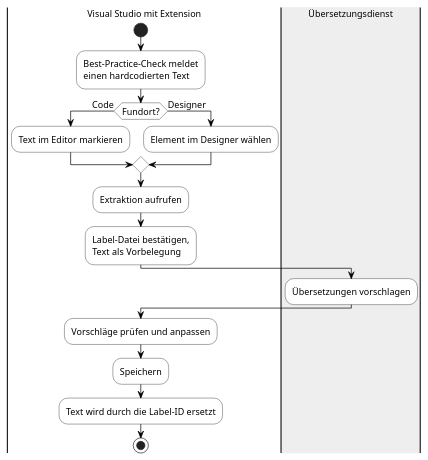
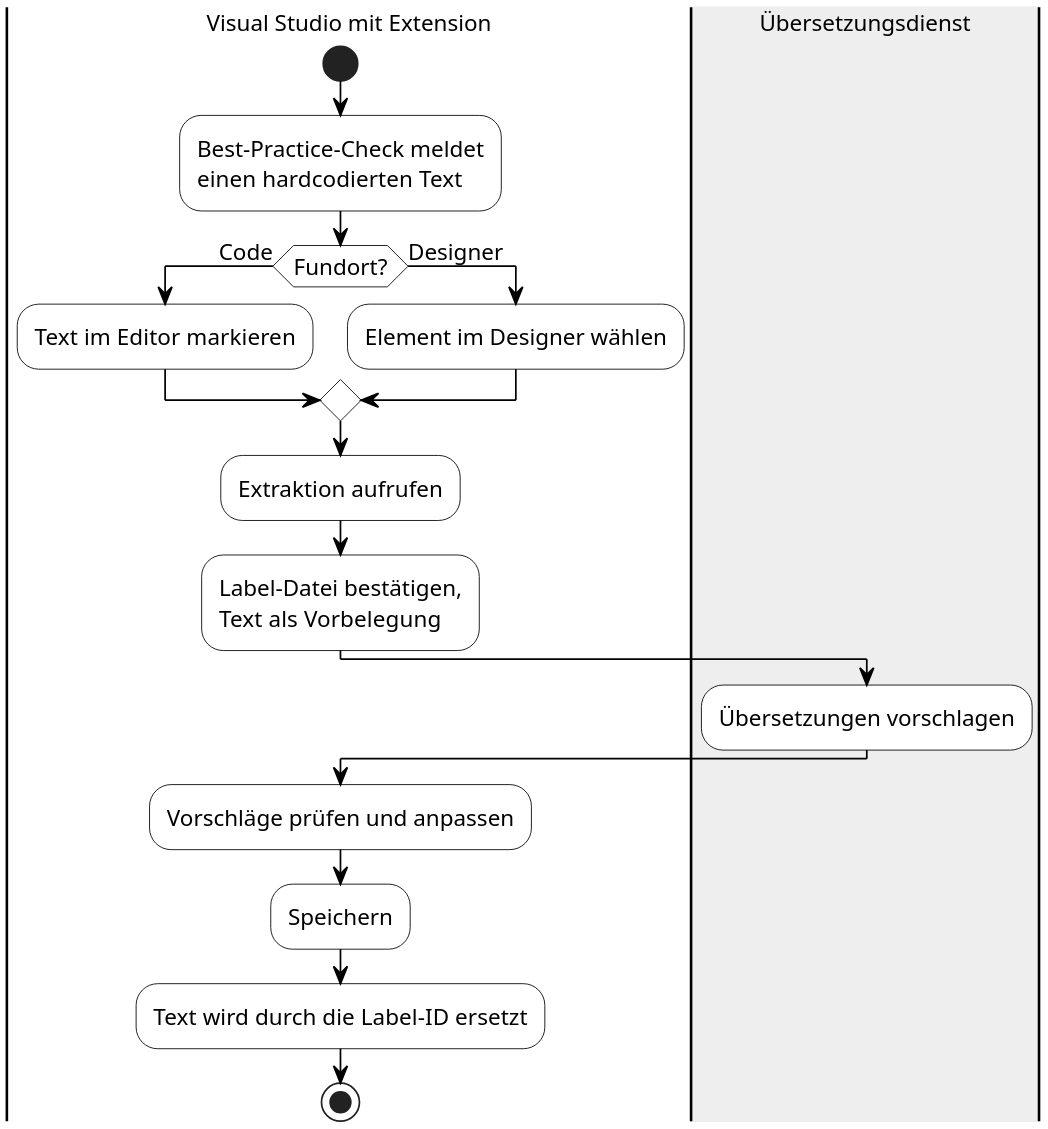
Before and after one commit to Adyrem/diploma-label-localization: the diagram in documentation/diagrams/Sollablauf_Extraktion.puml, drawn with PlantUML. The commit also changed 25 other files, not shown here.

```diff
--- a/documentation/diagrams/Sollablauf_Extraktion.puml
+++ b/documentation/diagrams/Sollablauf_Extraktion.puml
@@ -1,29 +1,31 @@
 @startuml
 ' Sollablauf beim Ersetzen eines hardcodierten Textes durch ein Label.
 ' Rendern: plantuml -tpng -charset UTF-8 Sollablauf_Extraktion.puml
+' Höhere Auflösung, damit das Bild im PDF scharf bleibt.
+skinparam dpi 240
 
 skinparam defaultFontSize 13
 skinparam ActivityBackgroundColor White
 skinparam ActivityBorderColor Black
 skinparam ArrowColor Black
 
 |Visual Studio mit Extension|
 start
 :Best-Practice-Check meldet
 einen hardcodierten Text;
 if (Fundort?) then (Code)
   :Text im Editor markieren;
 else (Designer)
   :Element im Designer wählen;
 endif
 :Extraktion aufrufen;
 :Label-Datei bestätigen,
 Text als Vorbelegung;
 |#EEEEEE|Übersetzungsdienst|
 :Übersetzungen vorschlagen;
 |Visual Studio mit Extension|
 :Vorschläge prüfen und anpassen;
 :Speichern;
 :Text wird durch die Label-ID ersetzt;
 stop
 @enduml
```
